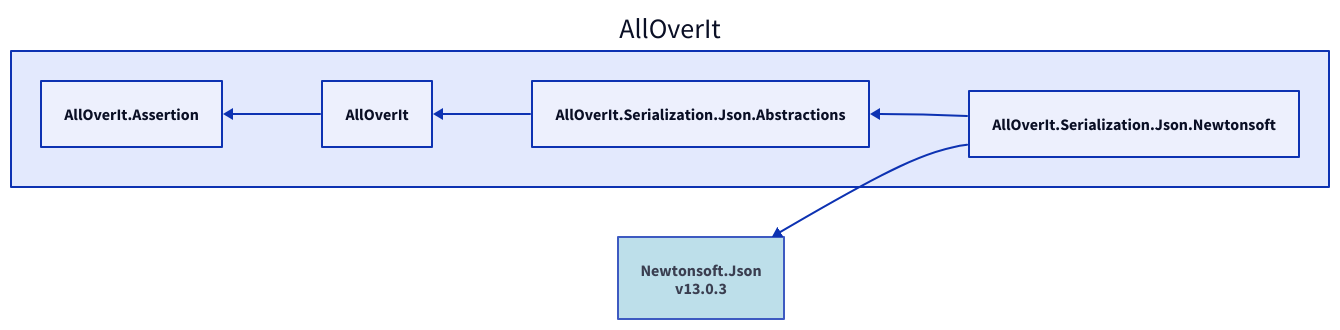
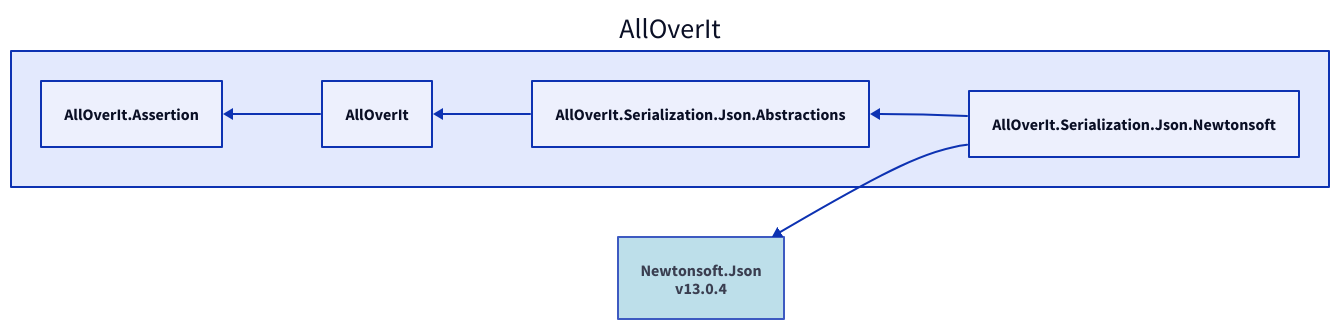
The diagram in Docs/Reference/Content/images/dependencies/net9.0/alloverit-serialization-json-newtonsoft.d2 (mjfreelancing/AllOverIt), drawn with D2 before and after one commit. The commit also changed 300 other files, not shown here.

```diff
--- a/Docs/Reference/Content/images/dependencies/net9.0/alloverit-serialization-json-newtonsoft.d2
+++ b/Docs/Reference/Content/images/dependencies/net9.0/alloverit-serialization-json-newtonsoft.d2
@@ -1,14 +1,14 @@
 direction: left
 
 aoi: AllOverIt
 aoi.alloverit-serialization-json-newtonsoft: AllOverIt.Serialization.Json.Newtonsoft
-newtonsoft-json_13-0-3: Newtonsoft.Json\nv13.0.3
-newtonsoft-json_13-0-3.style.fill: "#ADD8E6"
-newtonsoft-json_13-0-3.style.opacity: 0.8
-newtonsoft-json_13-0-3 <- aoi.alloverit-serialization-json-newtonsoft
+newtonsoft-json_13-0-4: Newtonsoft.Json\nv13.0.4
+newtonsoft-json_13-0-4.style.fill: "#ADD8E6"
+newtonsoft-json_13-0-4.style.opacity: 0.8
+newtonsoft-json_13-0-4 <- aoi.alloverit-serialization-json-newtonsoft
 aoi.alloverit-serialization-json-abstractions: AllOverIt.Serialization.Json.Abstractions
 aoi.alloverit: AllOverIt
 aoi.alloverit-assertion: AllOverIt.Assertion
 aoi.alloverit-assertion <- aoi.alloverit
 aoi.alloverit <- aoi.alloverit-serialization-json-abstractions
 aoi.alloverit-serialization-json-abstractions <- aoi.alloverit-serialization-json-newtonsoft
```
